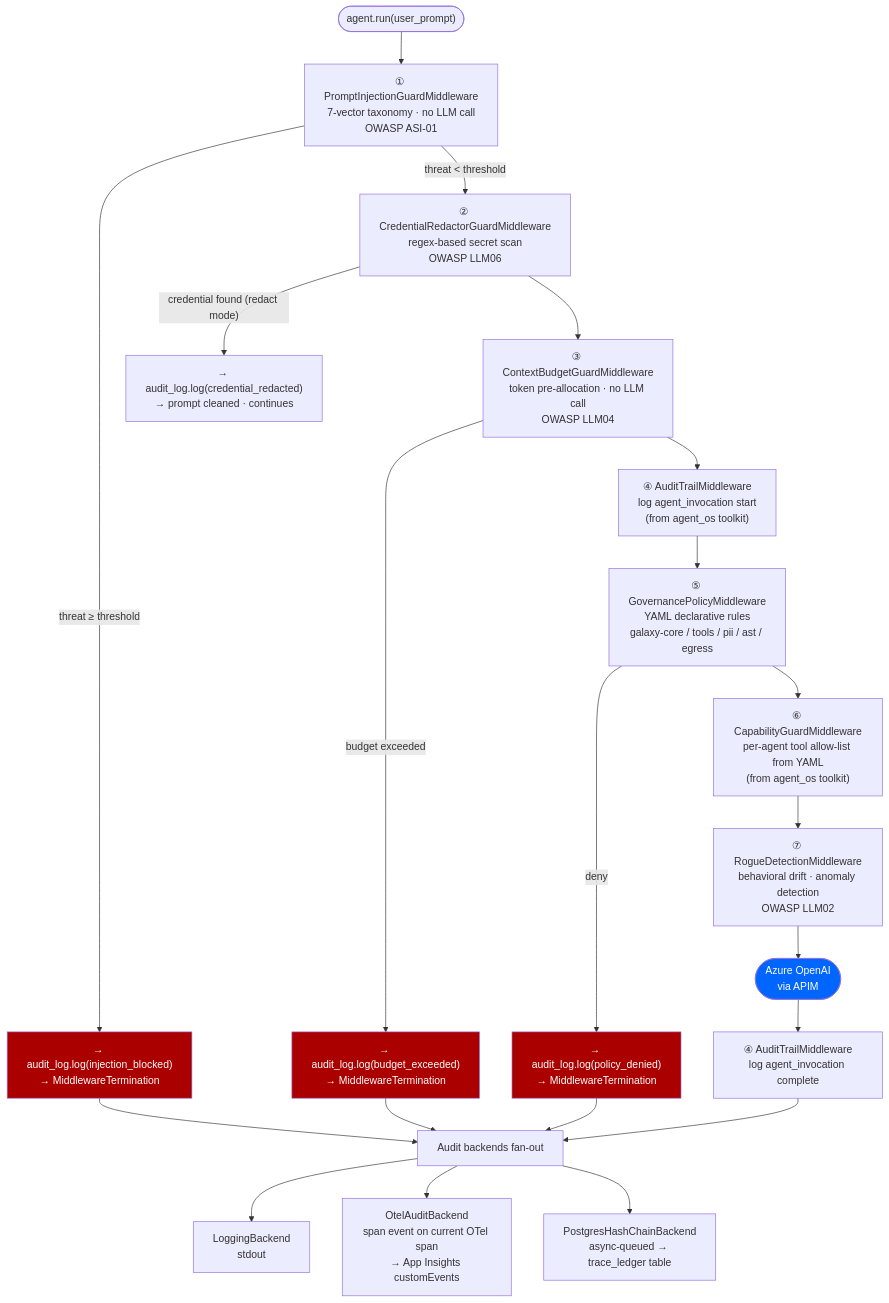
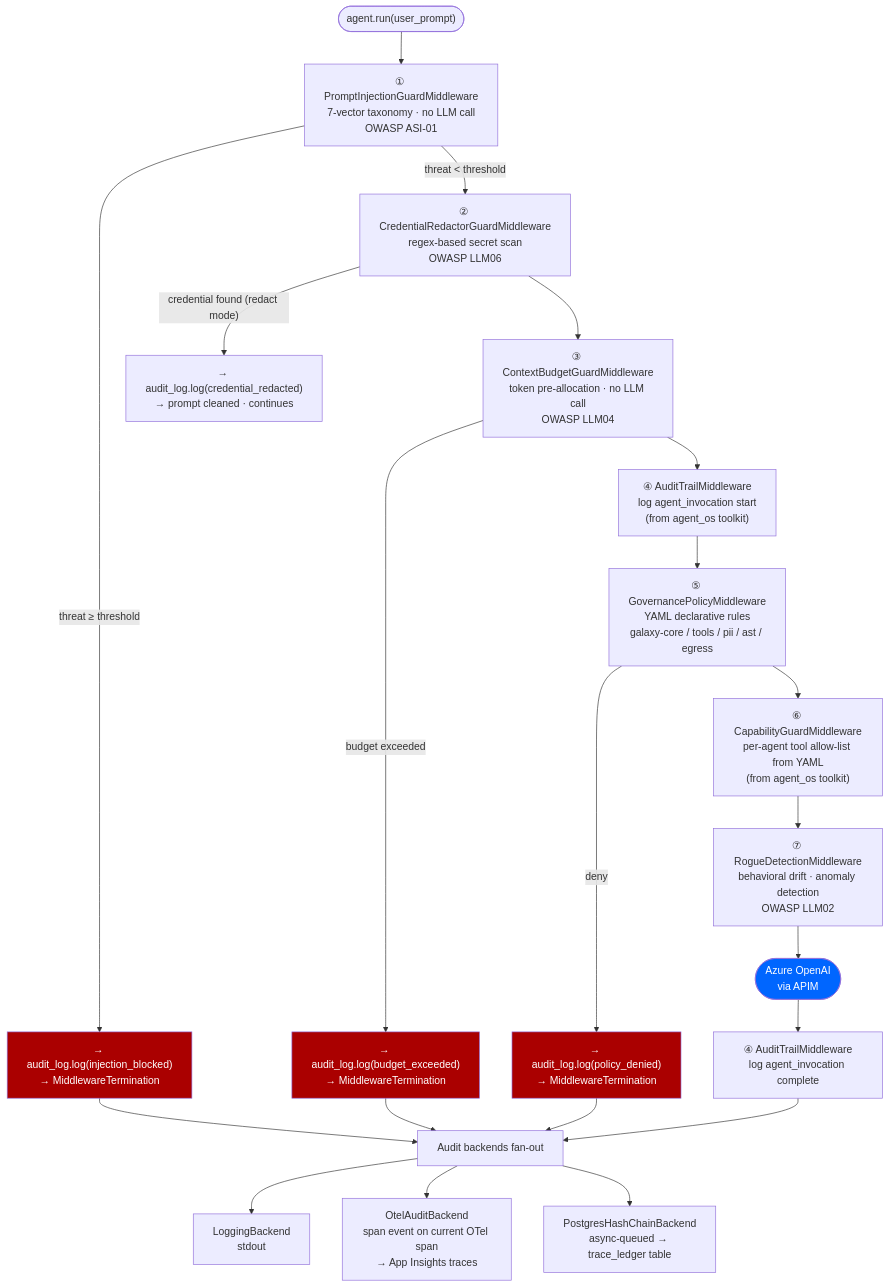
Before and after one commit to rlpatrao/agent-gov-sec: the second of 9 diagrams in docs/architecture.md, drawn with Mermaid. The commit also changed other lines of this file and 144 other files, not shown here.

````diff
--- a/docs/architecture.md
+++ b/docs/architecture.md
@@ -100,48 +100,48 @@
 ```mermaid
 flowchart TD
   Start(["agent.run(user_prompt)"]) --> PI
 
   PI["① PromptInjectionGuardMiddleware\n7-vector taxonomy · no LLM call\nOWASP ASI-01"]
   PI -->|"threat ≥ threshold"| Block1["→ audit_log.log(injection_blocked)\n→ MiddlewareTermination"]
   PI -->|"threat < threshold"| CR
 
   CR["② CredentialRedactorGuardMiddleware\nregex-based secret scan\nOWASP LLM06"]
   CR -->|"credential found (redact mode)"| Redact["→ audit_log.log(credential_redacted)\n→ prompt cleaned · continues"]
   CR --> CB
 
   CB["③ ContextBudgetGuardMiddleware\ntoken pre-allocation · no LLM call\nOWASP LLM04"]
   CB -->|"budget exceeded"| Block2["→ audit_log.log(budget_exceeded)\n→ MiddlewareTermination"]
   CB --> AT
 
   AT["④ AuditTrailMiddleware\nlog agent_invocation start\n(from agent_os toolkit)"]
   AT --> GP
 
   GP["⑤ GovernancePolicyMiddleware\nYAML declarative rules\ngalaxy-core / tools / pii / ast / egress"]
   GP -->|"deny"| Block3["→ audit_log.log(policy_denied)\n→ MiddlewareTermination"]
   GP --> Cap
 
   Cap["⑥ CapabilityGuardMiddleware\nper-agent tool allow-list from YAML\n(from agent_os toolkit)"]
   Cap --> RD
 
   RD["⑦ RogueDetectionMiddleware\nbehavioral drift · anomaly detection\nOWASP LLM02"]
   RD --> LLM
 
   LLM(["Azure OpenAI\nvia APIM"])
 
   LLM --> AT_out["④ AuditTrailMiddleware\nlog agent_invocation complete"]
   AT_out --> Sinks
 
   Block1 --> Sinks
   Block2 --> Sinks
   Block3 --> Sinks
 
   Sinks["Audit backends fan-out"]
   Sinks --> Log["LoggingBackend\nstdout"]
-  Sinks --> Otel["OtelAuditBackend\nspan event on current OTel span\n→ App Insights customEvents"]
+  Sinks --> Otel["OtelAuditBackend\nspan event on current OTel span\n→ App Insights traces"]
   Sinks --> PG["PostgresHashChainBackend\nasync-queued → trace_ledger table"]
 
   classDef block fill:#a00,color:#fff
   classDef azure fill:#06f,color:#fff
   class Block1,Block2,Block3 block
   class LLM azure
 ```
````
